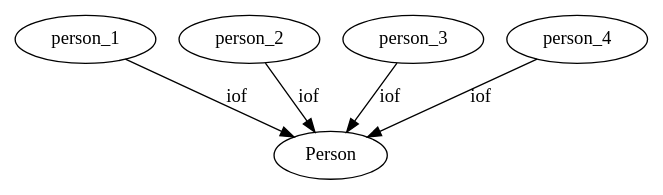
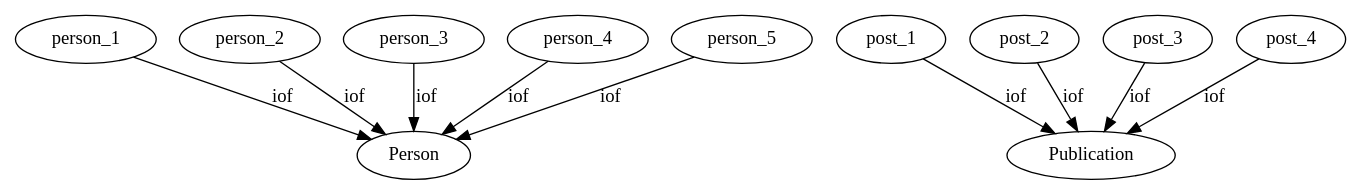
Before and after one commit to OctavioMaia/PLC_PRI: the diagram in Trabalho/GCS/output_DOT.dot, drawn with Graphviz. The commit also changed 7 other files, not shown here.

```diff
--- a/Trabalho/GCS/output_DOT.dot
+++ b/Trabalho/GCS/output_DOT.dot
@@ -1,1 +1,1 @@
-digraph IAm {"person_1" -> "Person" [ label = "iof" ];"person_2" -> "Person" [ label = "iof" ];"person_3" -> "Person" [ label = "iof" ];"person_4" -> "Person" [ label = "iof" ];}
+digraph IAm {"person_1" -> "Person" [ label = "iof" ];"person_2" -> "Person" [ label = "iof" ];"person_3" -> "Person" [ label = "iof" ];"person_4" -> "Person" [ label = "iof" ];"person_5" -> "Person" [ label = "iof" ];"post_1" -> "Publication" [ label = "iof" ];"post_2" -> "Publication" [ label = "iof" ];"post_3" -> "Publication" [ label = "iof" ];"post_4" -> "Publication" [ label = "iof" ];}
```
